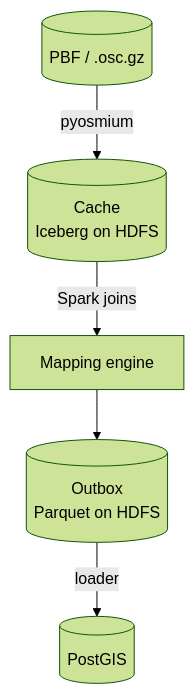
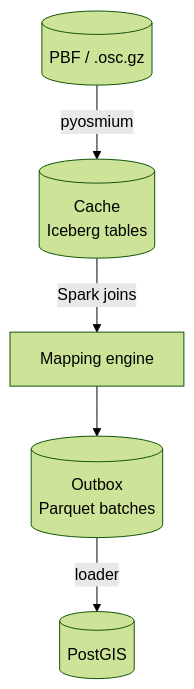
Before and after one commit to johngian/osm-spark-import: the diagram in README.md, drawn with Mermaid (forest theme). The commit also changed other lines of this file and 38 other files, not shown here.

````diff
--- a/README.md
+++ b/README.md
@@ -8,7 +8,7 @@
 ```mermaid
 flowchart TB
-    src[(PBF / .osc.gz)] -->|pyosmium| cache[(Cache<br/>Iceberg on HDFS)]
+    src[(PBF / .osc.gz)] -->|pyosmium| cache[(Cache<br/>Iceberg tables)]
     cache -->|Spark joins| eng[Mapping engine]
-    eng --> outbox[(Outbox<br/>Parquet on HDFS)]
+    eng --> outbox[(Outbox<br/>Parquet batches)]
     outbox -->|loader| pg[(PostGIS)]
 ```
````
